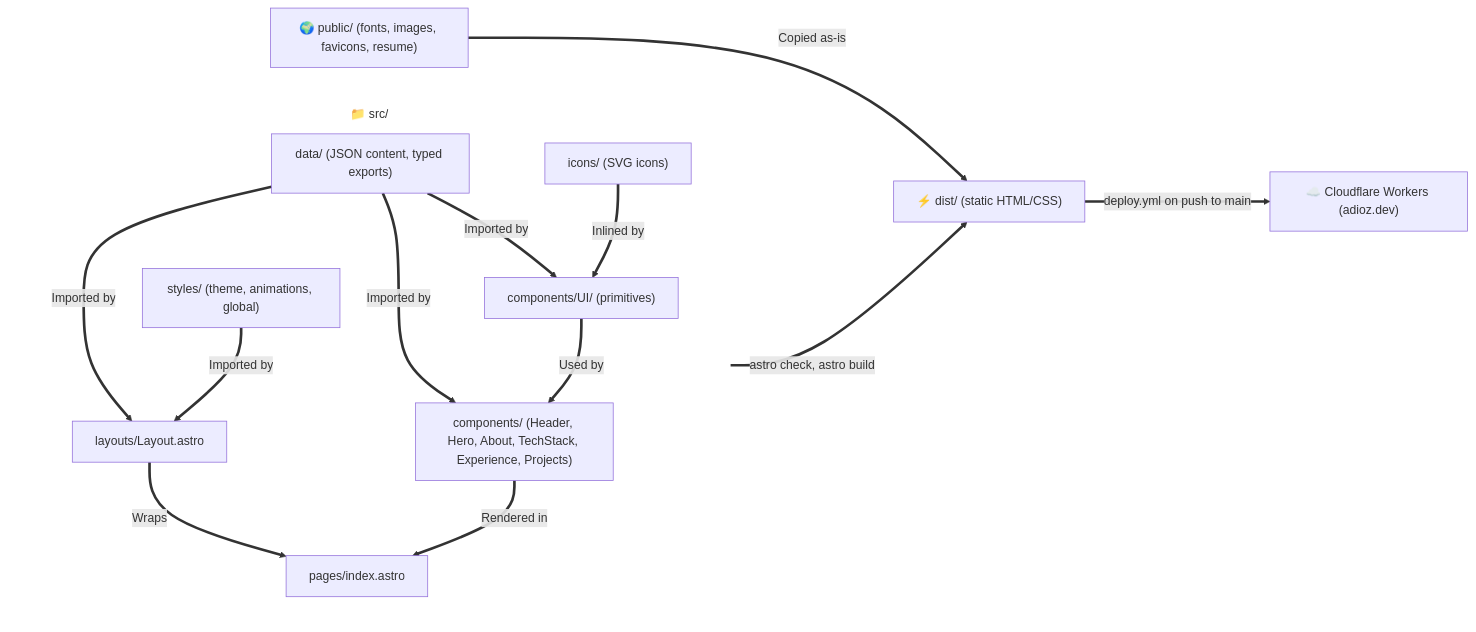
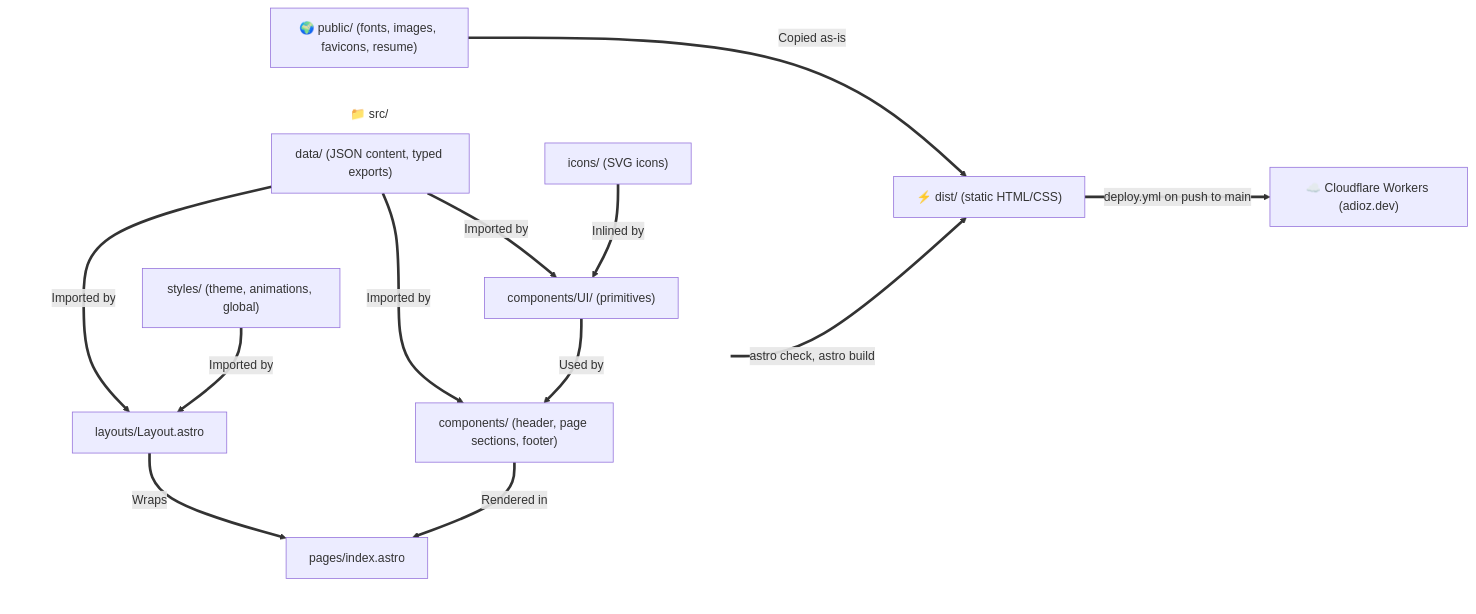
Before and after one commit to adiozeshitemi/adioz-profile: the diagram in docs/architecture.md, drawn with Mermaid. The commit also changed other lines of this file and 1 other file, not shown here.

First line of the commit message:
docs: document the contact section and footer

````diff
--- a/docs/architecture.md
+++ b/docs/architecture.md
@@ -9,31 +9,31 @@
 ```mermaid
 flowchart LR
     %% Define invisible styling for subgraphs to remove backgrounds and borders
     classDef transparent fill:none,stroke:none;
 
     subgraph Src ["📁 src/"]
         direction TB
         Data["data/ (JSON content, typed exports)"]
         Styles["styles/ (theme, animations, global)"]
         Icons["icons/ (SVG icons)"]
         UI["components/UI/ (primitives)"]
-        Sections["components/ (Header, Hero, About, TechStack, Experience, Projects)"]
+        Sections["components/ (header, page sections, footer)"]
         Layout["layouts/Layout.astro"]
         Page["pages/index.astro"]
     end
 
     Icons ==>|Inlined by| UI
     Data ==>|Imported by| UI
     Data ==>|Imported by| Sections
     UI ==>|Used by| Sections
     Data ==>|Imported by| Layout
     Styles ==>|Imported by| Layout
     Sections ==>|Rendered in| Page
     Layout ==>|Wraps| Page
     Page ==>|astro check, astro build| Dist["⚡ dist/ (static HTML/CSS)"]
     Public["🌍 public/ (fonts, images, favicons, resume)"] ==>|Copied as-is| Dist
     Dist ==>|deploy.yml on push to main| Workers["☁️ Cloudflare Workers (adioz.dev)"]
 
     %% Apply transparent class to subgraphs
     class Src transparent;
 ```
````
